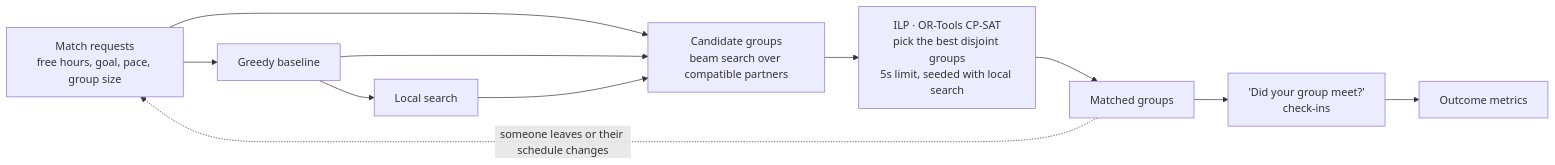
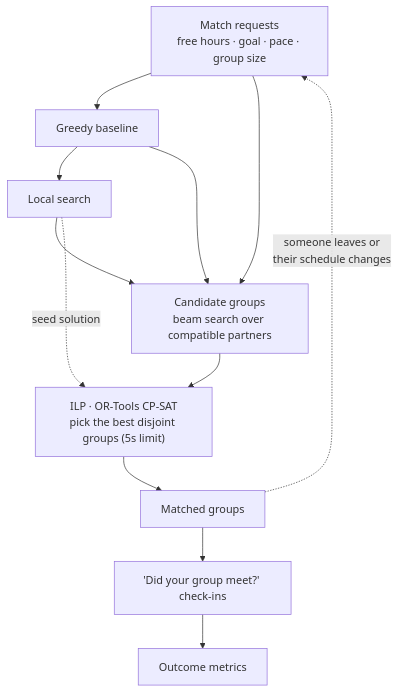
Before and after one commit to jessicalanggg/campusconnect: the diagram in README.md, drawn with Mermaid.

Commit message:
Make matching diagram vertical for readability

````diff
--- a/README.md
+++ b/README.md
@@ -33,13 +33,14 @@
 ```mermaid
-flowchart LR
-    A["Match requests<br/>free hours, goal, pace, group size"] --> B["Candidate groups<br/>beam search over compatible partners"]
-    A --> G["Greedy baseline"]
+flowchart TD
+    A["Match requests<br/>free hours · goal · pace · group size"] --> G["Greedy baseline"]
+    A --> B["Candidate groups<br/>beam search over compatible partners"]
     G --> L["Local search"]
     G --> B
     L --> B
-    B --> I["ILP · OR-Tools CP-SAT<br/>pick the best disjoint groups<br/>5s limit, seeded with local search"]
+    L -. "seed solution" .-> I
+    B --> I["ILP · OR-Tools CP-SAT<br/>pick the best disjoint groups (5s limit)"]
     I --> M["Matched groups"]
-    M --> C["'Did your group meet?'<br/>check-ins"]
+    M --> C["'Did your group meet?' check-ins"]
     C --> R["Outcome metrics"]
-    M -. "someone leaves or their schedule changes" .-> A
+    M -. "someone leaves or<br/>their schedule changes" .-> A
 ```
````
